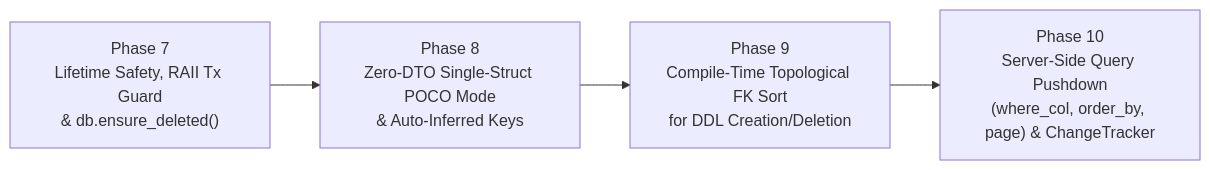
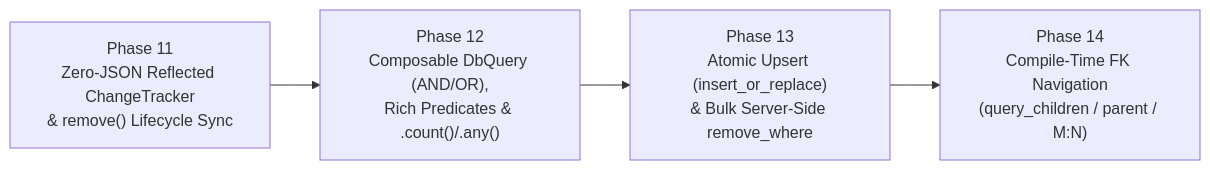
One commit to mythrz/CodeFirstCppDB_sqlgen changed the second of 2 diagrams in readme4.md. Above: the diagram before and after it, drawn with Mermaid. The commit also changed other lines of this file, not shown here.

Commit message:
further improvements. + reflection, json, life, dbquery, atomic, compile-time, 11 to 14.

````diff
--- a/readme4.md
+++ b/readme4.md
@@ -250,6 +287,6 @@
 ```mermaid
 flowchart LR
-    P7["Phase 7<br/>Lifetime Safety, RAII Tx Guard<br/>&amp; db.ensure_deleted()"] --> P8["Phase 8<br/>Zero-DTO Single-Struct POCO Mode<br/>&amp; Auto-Inferred Keys"]
-    P8 --> P9["Phase 9<br/>Compile-Time Topological FK Sort<br/>for DDL Creation/Deletion"]
-    P9 --> P10["Phase 10<br/>Server-Side Query Pushdown<br/>(where_col, order_by, page) &amp; ChangeTracker"]
+    P11["Phase 11<br/>Zero-JSON Reflected ChangeTracker<br/>&amp; remove() Lifecycle Sync"] --> P12["Phase 12<br/>Composable DbQuery (AND/OR),<br/>Rich Predicates &amp; .count()/.any()"]
+    P12 --> P13["Phase 13<br/>Atomic Upsert (insert_or_replace)<br/>&amp; Bulk Server-Side remove_where"]
+    P13 --> P14["Phase 14<br/>Compile-Time FK Navigation<br/>(query_children / parent / M:N)"]
 ```
````
